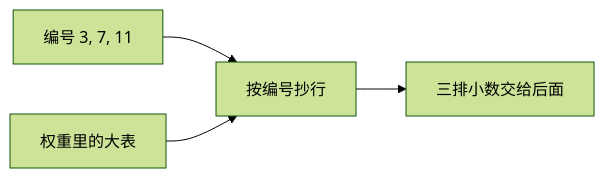
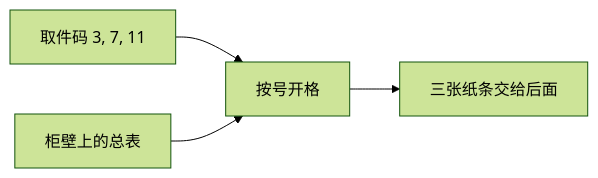
One commit to chaxus/arche changed the diagram in web/src/content/beginner/cn/embedding.md. Above: the diagram before and after it, drawn with Mermaid (forest theme). The commit also changed other lines of this file and 4 other files, not shown here.

````diff
--- a/web/src/content/beginner/cn/embedding.md
+++ b/web/src/content/beginner/cn/embedding.md
@@ -33,6 +44,6 @@
 ```mermaid
 flowchart LR
-  ids["编号 3, 7, 11"] --> copy[按编号抄行]
-  table[权重里的大表] --> copy
-  copy --> nums[三排小数交给后面]
+  code["取件码 3, 7, 11"] --> open[按号开格]
+  wall[柜壁上的总表] --> open
+  open --> slips[三张纸条交给后面]
 ```
````
